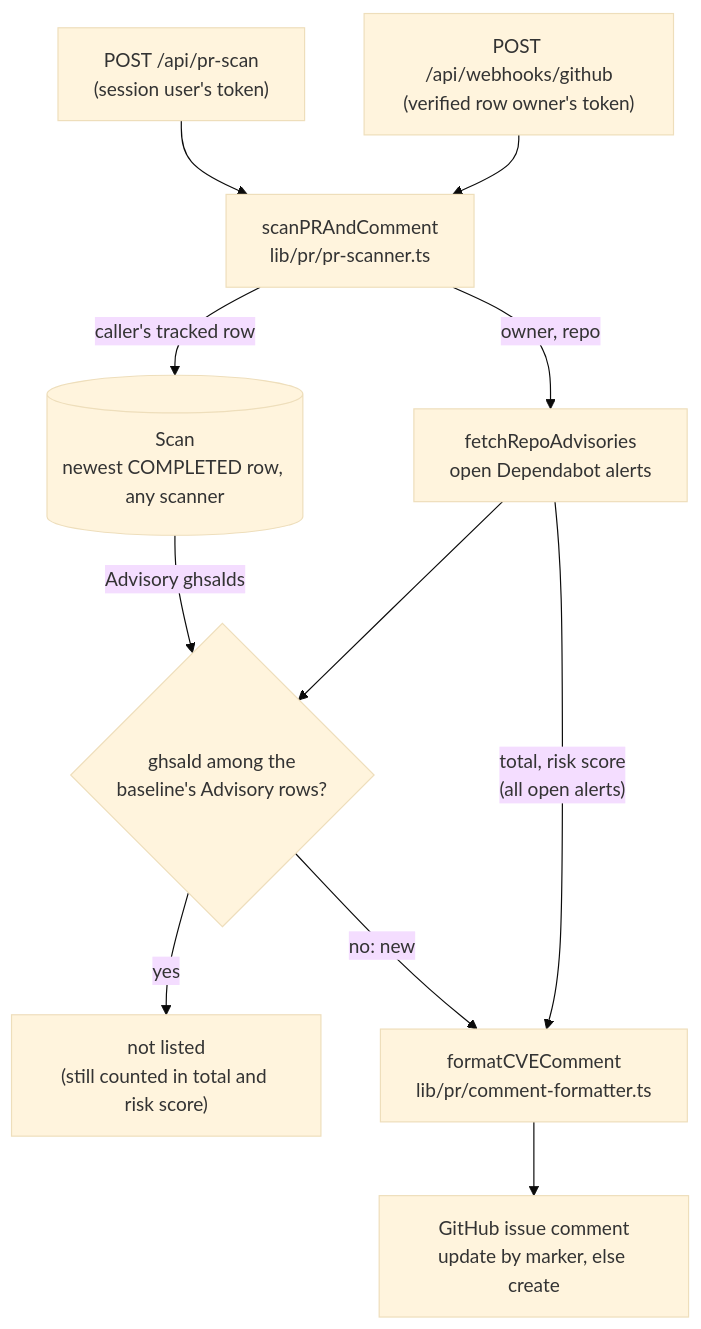
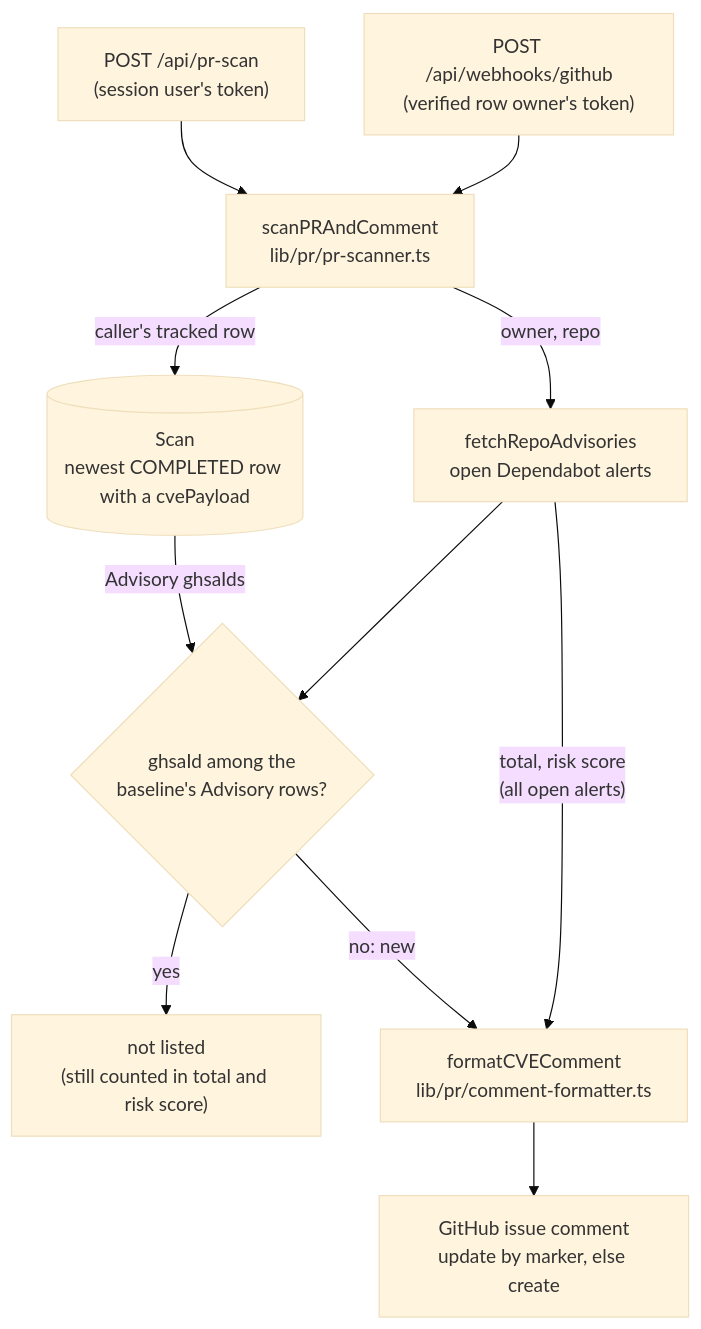
The diagram in docs/okf/pr-scan-semantics.md (LanNguyenSi/depsight), drawn with Mermaid (base theme) before and after one commit. The commit also changed other lines of this file and 26 other files, not shown here.

First line of the commit message:
fix: PR scan baseline skips non-CVE scans, history returns the newest scans; align strings and docs (#194)

````diff
--- a/docs/okf/pr-scan-semantics.md
+++ b/docs/okf/pr-scan-semantics.md
@@ -31,13 +31,13 @@
 ```mermaid
 flowchart TD
   A["POST /api/pr-scan<br/>(session user's token)"] --> S["scanPRAndComment<br/>lib/pr/pr-scanner.ts"]
   B["POST /api/webhooks/github<br/>(verified row owner's token)"] --> S
-  S -->|"caller's tracked row"| P[("Scan<br/>newest COMPLETED row, any scanner")]
+  S -->|"caller's tracked row"| P[("Scan<br/>newest COMPLETED row with a cvePayload")]
   S -->|"owner, repo"| D["fetchRepoAdvisories<br/>open Dependabot alerts"]
   D --> N{"ghsaId among the<br/>baseline's Advisory rows?"}
   P -->|"Advisory ghsaIds"| N
   N -->|"yes"| X["not listed<br/>(still counted in total and risk score)"]
   N -->|"no: new"| F["formatCVEComment<br/>lib/pr/comment-formatter.ts"]
   D -->|"total, risk score<br/>(all open alerts)"| F
   F --> G["GitHub issue comment<br/>update by marker, else create"]
 ```
````
